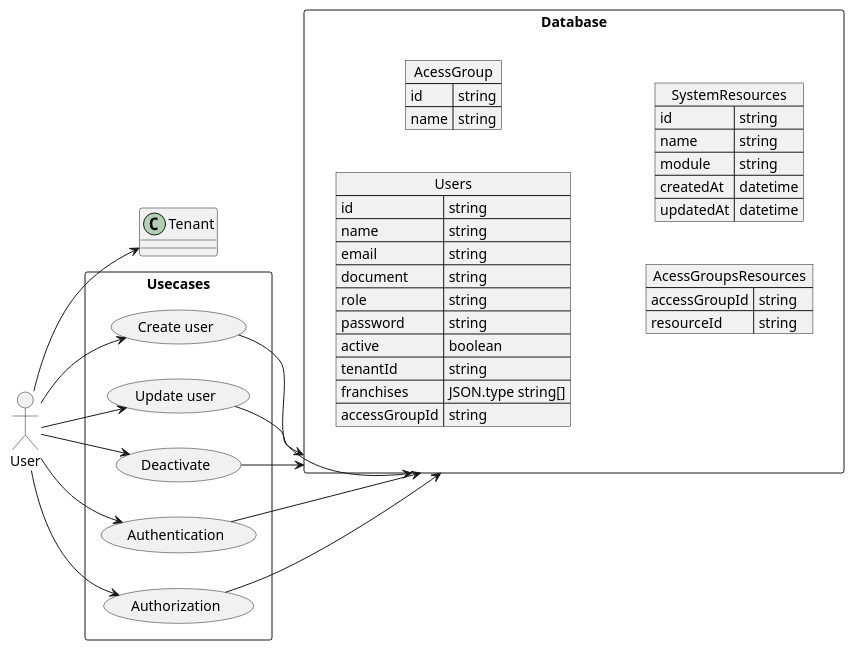
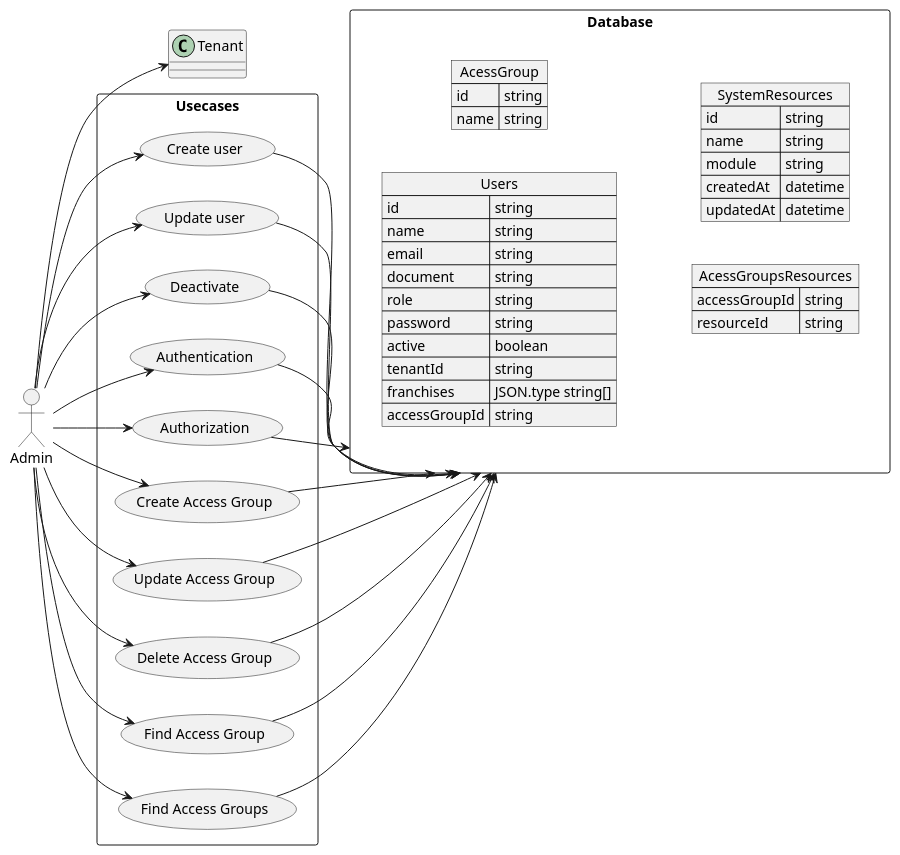
Before and after one commit to gustavorodrigues19/ddd-api: the diagram in uml/authentication.usecase.wsd, drawn with PlantUML. The commit also changed 1 other file, not shown here.

```diff
--- a/uml/authentication.usecase.wsd
+++ b/uml/authentication.usecase.wsd
@@ -1,61 +1,81 @@
 @startuml
 allowmixing
 
 left to right direction
 
-actor "User" as user
+actor "Admin" as admin
 
 rectangle Usecases {
   usecase "Create user" as CU
   usecase "Update user" as UU
   usecase "Deactivate" as DU
   usecase "Authentication" as ATC
   usecase "Authorization" as ATR
+
+  usecase "Create Access Group" as CAG
+  usecase "Update Access Group" as UAG
+  usecase "Delete Access Group" as DAG
+  usecase "Find Access Group" as FAG
+  usecase "Find Access Groups" as FAGS
 }
 
 rectangle Database {
   json Users {
    "id":"string",
    "name":"string",
    "email": "string",
    "document":"string",
    "role": "string",
    "password": "string",
    "active": "boolean",
    "tenantId": "string",
    "franchises": "JSON.type string[]",
    "accessGroupId": "string"
   }
 
   json AcessGroup{
     "id": "string",
     "name": "string"
   }
 
   json AcessGroupsResources{
     "accessGroupId": "string",
     "resourceId": "string"
   }
 
   json SystemResources {
    "id": "string",
    "name": "string",
    "module": "string",
    "createdAt": "datetime",
    "updatedAt": "datetime"
   }
 }
 
-user --> Tenant
-user --> ATC
-user --> ATR
-user --> CU
-user --> UU
-user --> DU
+admin --> Tenant
+
+admin --> CU
+admin --> UU
+admin --> DU
+admin --> ATC
+admin --> ATR
+
+admin --> CAG
+admin --> UAG
+admin --> DAG
+admin --> FAG
+admin --> FAGS
+
 CU --> Database
 UU --> Database
+DU --> Database
 ATC --> Database
 ATR --> Database
-DU --> Database
+
+CAG --> Database
+UAG --> Database
+DAG --> Database
+FAG --> Database
+FAGS --> Database
 
 @enduml
```
